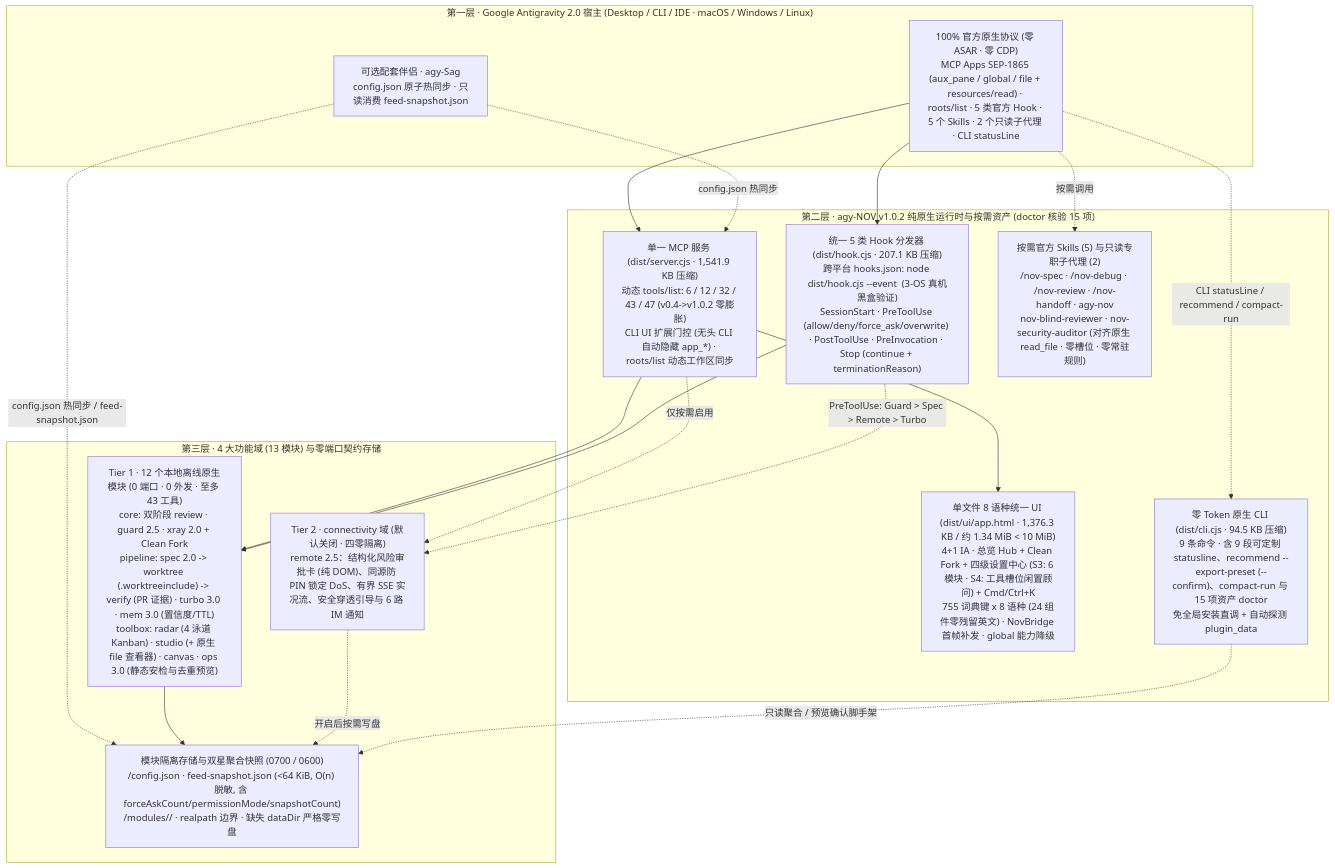
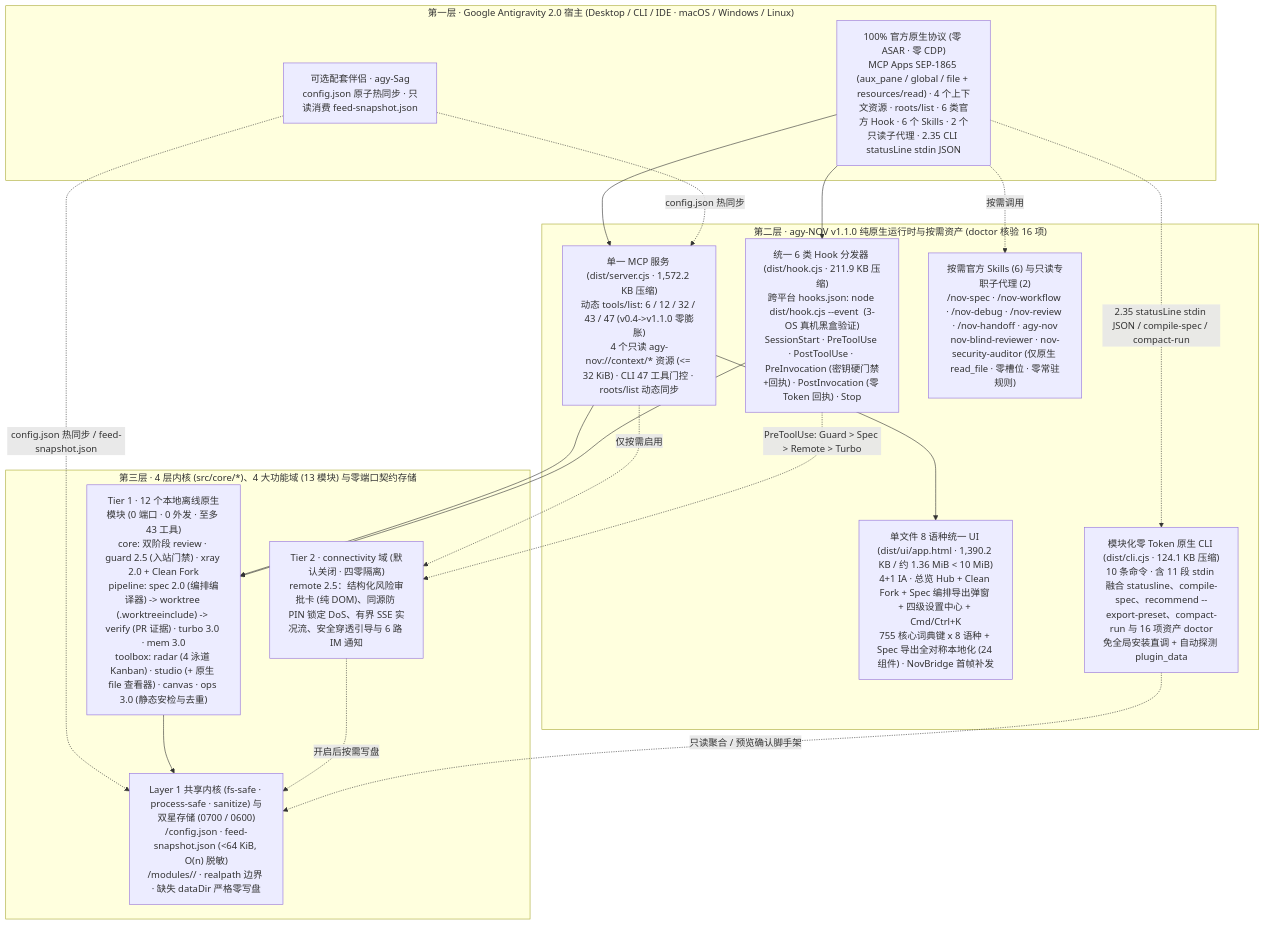
Before and after one commit to tone-leh/agy-NOV: the diagram in docs/i18n/README.zh-CN.md, drawn with Mermaid. The commit also changed other lines of this file and 51 other files, not shown here.

Commit message:
feat(v1.1.0): Spec DAG workflow compiler, 6-Hook protocol, MCP context resources & CLI statusLine fusion

````diff
--- a/docs/i18n/README.zh-CN.md
+++ b/docs/i18n/README.zh-CN.md
@@ -266,36 +271,36 @@
 ```mermaid
 flowchart TB
   subgraph L1["第一层 · Google Antigravity 2.0 宿主 (Desktop / CLI / IDE · macOS / Windows / Linux)"]
-    Host["100% 官方原生协议 (零 ASAR · 零 CDP)\nMCP Apps SEP-1865 (aux_pane / global / file + resources/read) · roots/list · 5 类官方 Hook · 5 个 Skills · 2 个只读子代理 · CLI statusLine"]
+    Host["100% 官方原生协议 (零 ASAR · 零 CDP)\nMCP Apps SEP-1865 (aux_pane / global / file + resources/read) · 4 个上下文资源 · roots/list · 6 类官方 Hook · 6 个 Skills · 2 个只读子代理 · 2.35 CLI statusLine stdin JSON"]
     Sag["可选配套伴侣 · agy-Sag\nconfig.json 原子热同步 · 只读消费 feed-snapshot.json"]
   end
 
-  subgraph L2["第二层 · agy-NOV v1.0.2 纯原生运行时与按需资产 (doctor 核验 15 项)"]
-    MCP["单一 MCP 服务 (dist/server.cjs · 1,541.9 KB 压缩)\n动态 tools/list: 6 / 12 / 32 / 43 / 47 (v0.4->v1.0.2 零膨胀)\nCLI UI 扩展门控 (无头 CLI 自动隐藏 app_*) · roots/list 动态工作区同步"]
-    Hook["统一 5 类 Hook 分发器 (dist/hook.cjs · 207.1 KB 压缩)\n跨平台 hooks.json: node dist/hook.cjs --event <Event> (3-OS 真机黑盒验证)\nSessionStart · PreToolUse (allow/deny/force_ask/overwrite) · PostToolUse · PreInvocation · Stop (continue + terminationReason)"]
-    UI["单文件 8 语种统一 UI (dist/ui/app.html · 1,376.3 KB / 约 1.34 MiB < 10 MiB)\n4+1 IA · 总览 Hub + Clean Fork + 四级设置中心 (S3: 6 模块 · S4: 工具槽位闲置顾问) + Cmd/Ctrl+K\n755 词典键 x 8 语种 (24 组件零残留英文) · NovBridge 首帧补发 · global 能力降级"]
-    Playbooks["按需官方 Skills (5) 与只读专职子代理 (2)\n/nov-spec · /nov-debug · /nov-review · /nov-handoff · agy-nov\nnov-blind-reviewer · nov-security-auditor (对齐原生 read_file · 零槽位 · 零常驻规则)"]
-    CLI["零 Token 原生 CLI (dist/cli.cjs · 94.5 KB 压缩)\n9 条命令 · 含 9 段可定制 statusline、recommend --export-preset (--confirm)、compact-run 与 15 项资产 doctor\n免全局安装直调 + 自动探测 plugin_data"]
+  subgraph L2["第二层 · agy-NOV v1.1.0 纯原生运行时与按需资产 (doctor 核验 16 项)"]
+    MCP["单一 MCP 服务 (dist/server.cjs · 1,572.2 KB 压缩)\n动态 tools/list: 6 / 12 / 32 / 43 / 47 (v0.4->v1.1.0 零膨胀)\n4 个只读 agy-nov://context/* 资源 (<= 32 KiB) · CLI 47 工具门控 · roots/list 动态同步"]
+    Hook["统一 6 类 Hook 分发器 (dist/hook.cjs · 211.9 KB 压缩)\n跨平台 hooks.json: node dist/hook.cjs --event <Event> (3-OS 真机黑盒验证)\nSessionStart · PreToolUse · PostToolUse · PreInvocation (密钥硬门禁+回执) · PostInvocation (零 Token 回执) · Stop"]
+    UI["单文件 8 语种统一 UI (dist/ui/app.html · 1,390.2 KB / 约 1.36 MiB < 10 MiB)\n4+1 IA · 总览 Hub + Clean Fork + Spec 编排导出弹窗 + 四级设置中心 + Cmd/Ctrl+K\n755 核心词典键 x 8 语种 + Spec 导出全对称本地化 (24 组件) · NovBridge 首帧补发"]
+    Playbooks["按需官方 Skills (6) 与只读专职子代理 (2)\n/nov-spec · /nov-workflow · /nov-debug · /nov-review · /nov-handoff · agy-nov\nnov-blind-reviewer · nov-security-auditor (仅原生 read_file · 零槽位 · 零常驻规则)"]
+    CLI["模块化零 Token 原生 CLI (dist/cli.cjs · 124.1 KB 压缩)\n10 条命令 · 含 11 段 stdin 融合 statusline、compile-spec、recommend --export-preset、compact-run 与 16 项资产 doctor\n免全局安装直调 + 自动探测 plugin_data"]
   end
 
-  subgraph L3["第三层 · 4 大功能域 (13 模块) 与零端口契约存储"]
-    T1["Tier 1 · 12 个本地离线原生模块 (0 端口 · 0 外发 · 至多 43 工具)\ncore: 双阶段 review · guard 2.5 · xray 2.0 + Clean Fork\npipeline: spec 2.0 -> worktree (.worktreeinclude) -> verify (PR 证据) · turbo 3.0 · mem 3.0 (置信度/TTL)\ntoolbox: radar (4 泳道 Kanban) · studio (+ 原生 file 查看器) · canvas · ops 3.0 (静态安检与去重预览)"]
+  subgraph L3["第三层 · 4 层内核 (src/core/*)、4 大功能域 (13 模块) 与零端口契约存储"]
+    T1["Tier 1 · 12 个本地离线原生模块 (0 端口 · 0 外发 · 至多 43 工具)\ncore: 双阶段 review · guard 2.5 (入站门禁) · xray 2.0 + Clean Fork\npipeline: spec 2.0 (编排编译器) -> worktree (.worktreeinclude) -> verify (PR 证据) · turbo 3.0 · mem 3.0\ntoolbox: radar (4 泳道 Kanban) · studio (+ 原生 file 查看器) · canvas · ops 3.0 (静态安检与去重)"]
     T2R["Tier 2 · connectivity 域 (默认关闭 · 四零隔离)\nremote 2.5：结构化风险审批卡 (纯 DOM)、同源防 PIN 锁定 DoS、有界 SSE 实况流、安全穿透引导与 6 路 IM 通知"]
-    Store["模块隔离存储与双星聚合快照 (0700 / 0600)\n<dataDir>/config.json · feed-snapshot.json (<64 KiB, O(n) 脱敏, 含 forceAskCount/permissionMode/snapshotCount)\n<dataDir>/modules/<id>/ · realpath 边界 · 缺失 dataDir 严格零写盘"]
+    Store["Layer 1 共享内核 (fs-safe · process-safe · sanitize) 与双星存储 (0700 / 0600)\n<dataDir>/config.json · feed-snapshot.json (<64 KiB, O(n) 脱敏)\n<dataDir>/modules/<id>/ · realpath 边界 · 缺失 dataDir 严格零写盘"]
   end
 
   Host --> MCP
   Host --> Hook
   Host -. "按需调用" .-> Playbooks
-  Host -. "CLI statusLine / recommend / compact-run" .-> CLI
+  Host -. "2.35 statusLine stdin JSON / compile-spec / compact-run" .-> CLI
   Sag -. "config.json 热同步 / feed-snapshot.json" .-> Store
   Sag -. "config.json 热同步" .-> MCP
   MCP --> UI
   MCP --> T1
   MCP -. "仅按需启用" .-> T2R
   Hook --> T1
   Hook -. "PreToolUse: Guard > Spec > Remote > Turbo" .-> T2R
   T1 --> Store
   T2R -. "开启后按需写盘" .-> Store
   CLI -. "只读聚合 / 预览确认脚手架" .-> Store
 ```
````
